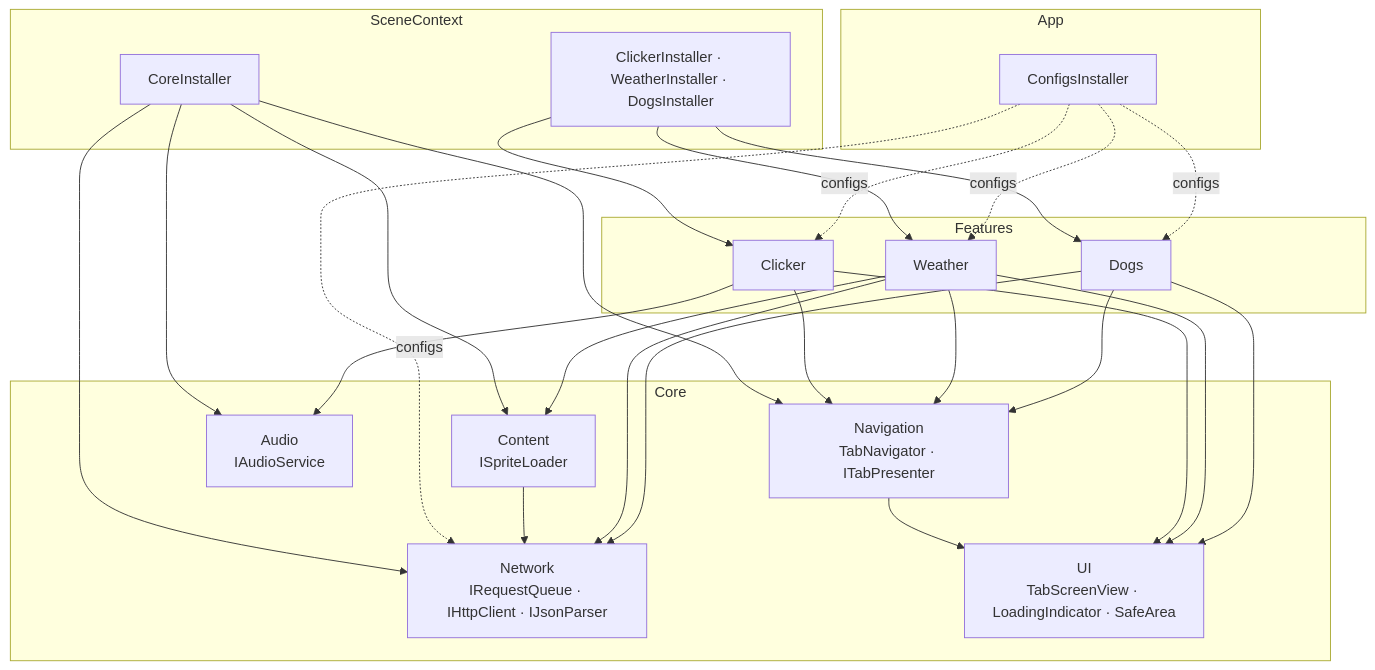
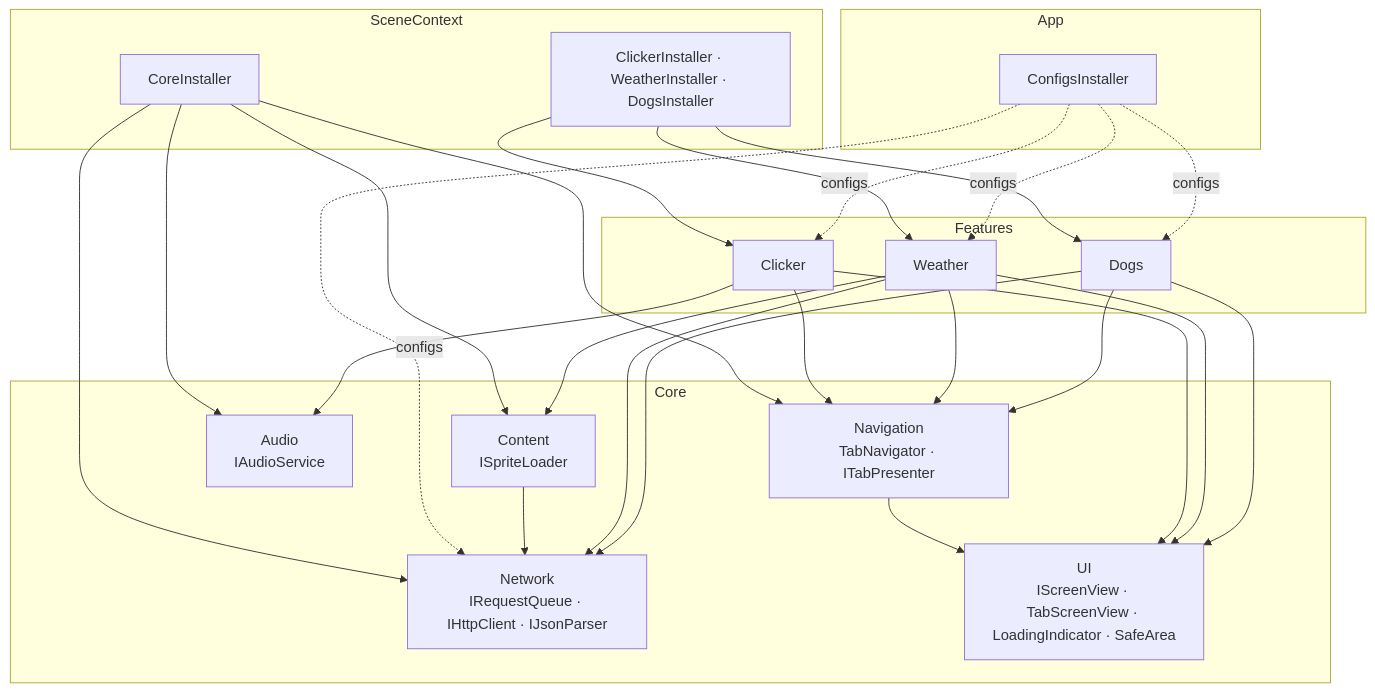
The first of 6 diagrams in Docs/Architecture.md (PinochetLab/test-task-ckr-system), drawn with Mermaid before and after one commit. The commit also changed other lines of this file, not shown here.

Commit message:
updated architecture docs

````diff
--- a/Docs/Architecture.md
+++ b/Docs/Architecture.md
@@ -172,30 +189,30 @@
 ```mermaid
 flowchart TB
     subgraph App
         CFG[ConfigsInstaller]
     end
     subgraph Installers[SceneContext]
         CI[CoreInstaller]
         FI[ClickerInstaller · WeatherInstaller · DogsInstaller]
     end
     subgraph Core
         NET[Network<br/>IRequestQueue · IHttpClient · IJsonParser]
         NAV[Navigation<br/>TabNavigator · ITabPresenter]
-        UI[UI<br/>TabScreenView · LoadingIndicator · SafeArea]
+        UI[UI<br/>IScreenView · TabScreenView · LoadingIndicator · SafeArea]
         AUD[Audio<br/>IAudioService]
         RES[Content<br/>ISpriteLoader]
     end
     subgraph Features
         CLK[Clicker]
         WTH[Weather]
         DOG[Dogs]
     end
     CI --> NET & NAV & AUD & RES
     FI --> CLK & WTH & DOG
     CFG -.configs.-> CLK & WTH & DOG & NET
     RES --> NET
     NAV --> UI
     CLK --> NAV & UI & AUD
     WTH --> NAV & UI & NET & RES
     DOG --> NAV & UI & NET
 ```
````
